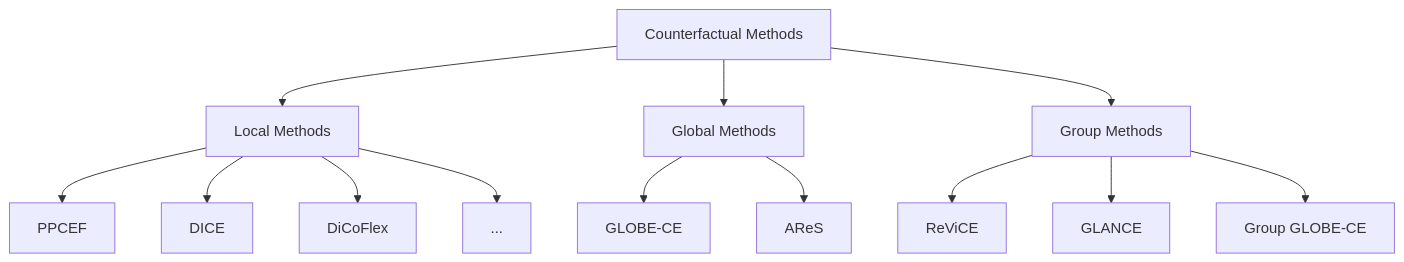
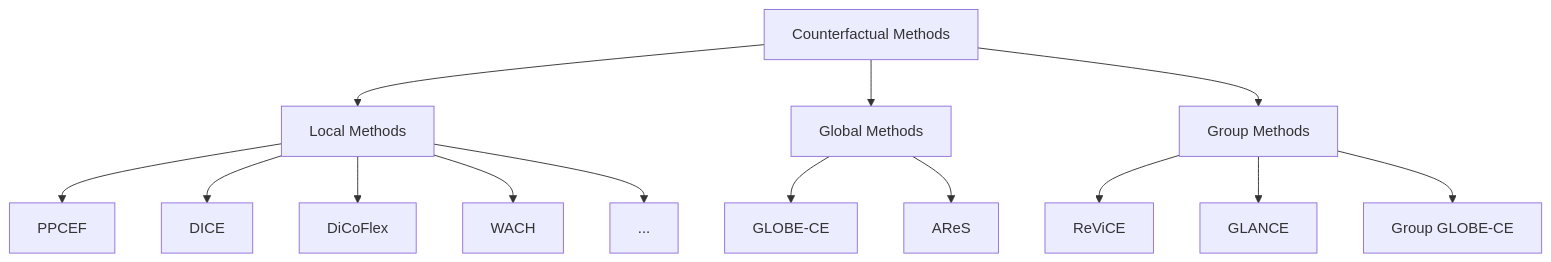
Before and after one commit to ofurman/counterfactuals: the first of 2 diagrams in docs/index.md, drawn with Mermaid. The commit also changed other lines of this file and 5 other files, not shown here.

````diff
--- a/docs/index.md
+++ b/docs/index.md
@@ -92,18 +92,19 @@
 ```mermaid
 flowchart TD
     A[Counterfactual Methods] --> B[Local Methods]
     A --> C[Global Methods]
     A --> D[Group Methods]
 
     B --> B1[PPCEF]
     B --> B2[DICE]
     B --> B3[DiCoFlex]
-    B --> B4[...]
+    B --> B4[WACH]
+    B --> B5[...]
 
     C --> C1[GLOBE-CE]
     C --> C2[AReS]
 
     D --> D1[ReViCE]
     D --> D2[GLANCE]
     D --> D3[Group GLOBE-CE]
 ```
````
